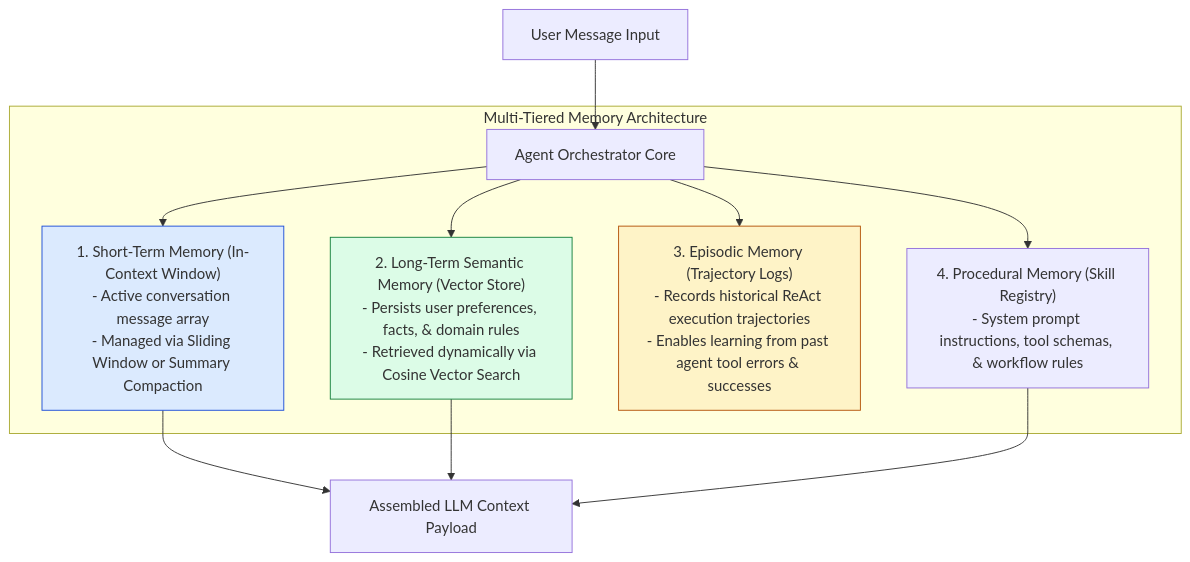
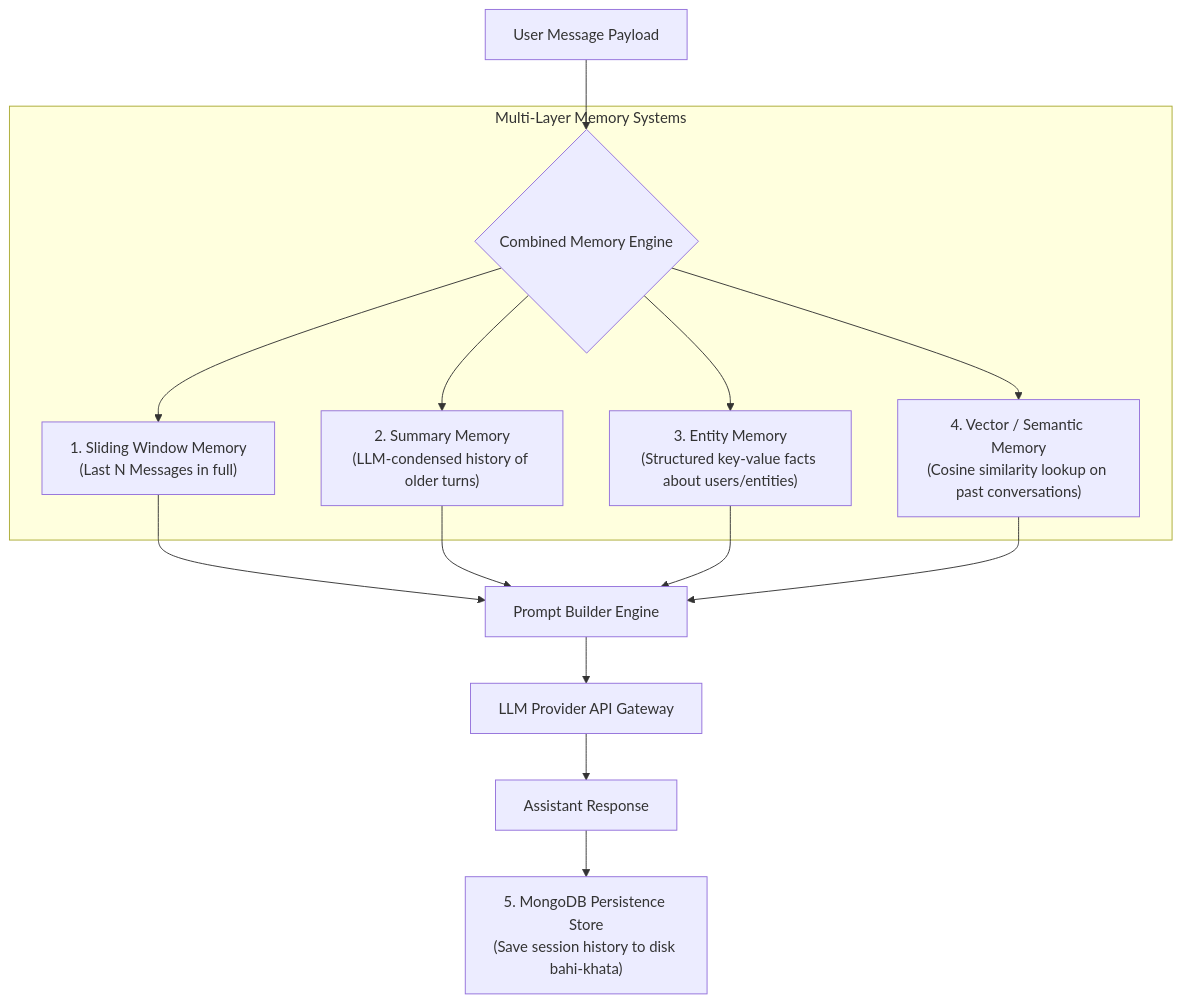
One commit to Amie-dev/engineering-playbook changed the diagram in agentic-ai-notes/00-foundations/12-memory-systems.md. Above: the diagram before and after it, drawn with Mermaid. The commit also changed other lines of this file and 27 other files, not shown here.

````diff
--- a/agentic-ai-notes/00-foundations/12-memory-systems.md
+++ b/agentic-ai-notes/00-foundations/12-memory-systems.md
@@ -13,22 +7,21 @@
 ```mermaid
 flowchart TD
-    UserMsg[User Message Input] --> AgentCore[Agent Orchestrator Core]
-
-    subgraph Multi-Tiered Memory Architecture
-        AgentCore --> ShortTerm["1. Short-Term Memory (In-Context Window)<br/>- Active conversation message array<br/>- Managed via Sliding Window or Summary Compaction"]
-        
-        AgentCore --> LongTerm["2. Long-Term Semantic Memory (Vector Store)<br/>- Persists user preferences, facts, & domain rules<br/>- Retrieved dynamically via Cosine Vector Search"]
-
-        AgentCore --> Episodic["3. Episodic Memory (Trajectory Logs)<br/>- Records historical ReAct execution trajectories<br/>- Enables learning from past agent tool errors & successes"]
-
-        AgentCore --> Procedural["4. Procedural Memory (Skill Registry)<br/>- System prompt instructions, tool schemas, & workflow rules"]
+    UserMsg[User Message Payload] --> MemoryEngine{"Combined Memory Engine"}
+    
+    subgraph Multi-Layer Memory Systems
+        MemoryEngine --> BufferWin["1. Sliding Window Memory<br/>(Last N Messages in full)"]
+        MemoryEngine --> SummaryMem["2. Summary Memory<br/>(LLM-condensed history of older turns)"]
+        MemoryEngine --> EntityMem["3. Entity Memory<br/>(Structured key-value facts about users/entities)"]
+        MemoryEngine --> VectorMem["4. Vector / Semantic Memory<br/>(Cosine similarity lookup on past conversations)"]
     end
-
-    ShortTerm --> LLMPrompt[Assembled LLM Context Payload]
-    LongTerm --> LLMPrompt
-    Procedural --> LLMPrompt
-
-    style ShortTerm fill:#dbeafe,stroke:#1d4ed8
-    style LongTerm fill:#dcfce7,stroke:#15803d
-    style Episodic fill:#fef3c7,stroke:#b45309
+    
+    BufferWin --> PromptAssembler["Prompt Builder Engine"]
+    SummaryMem --> PromptAssembler
+    EntityMem --> PromptAssembler
+    VectorMem --> PromptAssembler
+    
+    PromptAssembler --> LLMAPI["LLM Provider API Gateway"]
+    
+    LLMAPI --> Response["Assistant Response"]
+    Response --> MongoStore["5. MongoDB Persistence Store<br/>(Save session history to disk bahi-khata)"]
 ```
````
